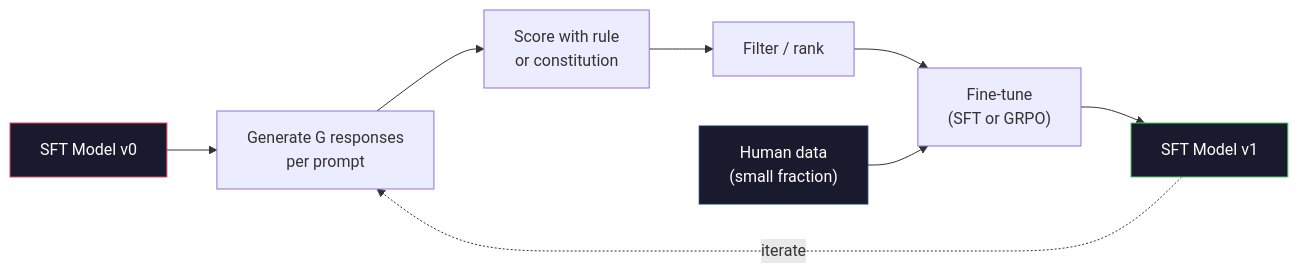
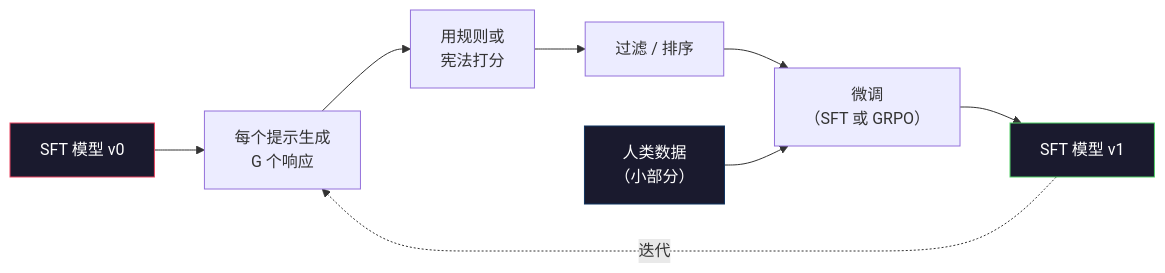
The second of 2 diagrams in phases/10-llms-from-scratch/09-constitutional-ai-self-improvement.md (cq0206/ai-engineering-from-scratch), drawn with Mermaid before and after one commit. The commit also changed other lines of this file and 150 other files, not shown here.

````diff
--- a/phases/10-llms-from-scratch/09-constitutional-ai-self-improvement.md
+++ b/phases/10-llms-from-scratch/09-constitutional-ai-self-improvement.md
@@ -139,15 +139,15 @@
 ```mermaid
 graph LR
-    M0["SFT Model v0"] --> G["Generate G responses\nper prompt"]
-    G --> S["Score with rule\nor constitution"]
-    S --> F["Filter / rank"]
-    F --> T["Fine-tune\n(SFT or GRPO)"]
-    T --> M1["SFT Model v1"]
-    M1 -.->|iterate| G
+    M0["SFT 模型 v0"] --> G["每个提示生成\nG 个响应"]
+    G --> S["用规则或\n宪法打分"]
+    S --> F["过滤 / 排序"]
+    F --> T["微调\n（SFT 或 GRPO）"]
+    T --> M1["SFT 模型 v1"]
+    M1 -.->|迭代| G
 
-    H["Human data\n(small fraction)"] --> T
+    H["人类数据\n（小部分）"] --> T
 
     style M0 fill:#1a1a2e,stroke:#e94560,color:#fff
     style M1 fill:#1a1a2e,stroke:#51cf66,color:#fff
     style H fill:#1a1a2e,stroke:#0f3460,color:#fff
 ```
````
